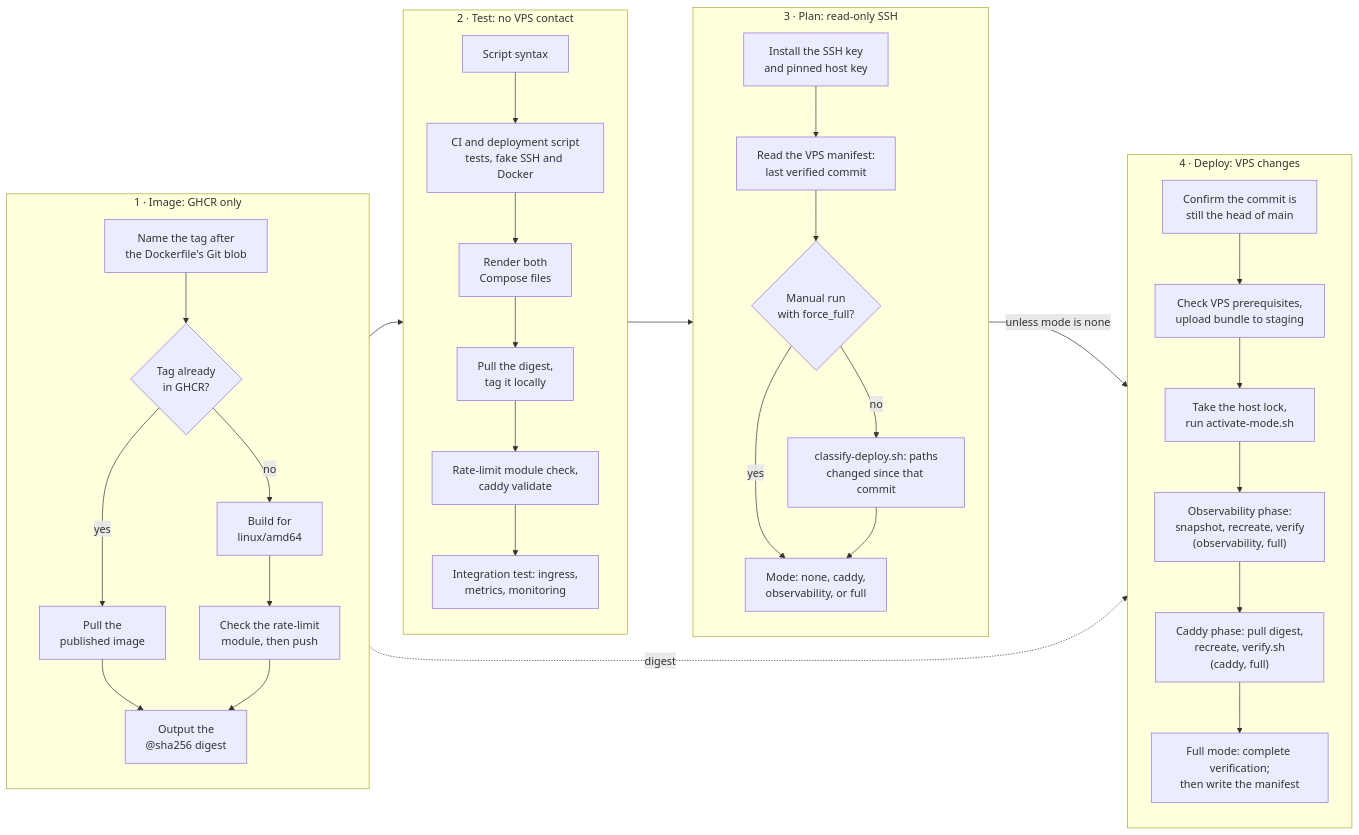
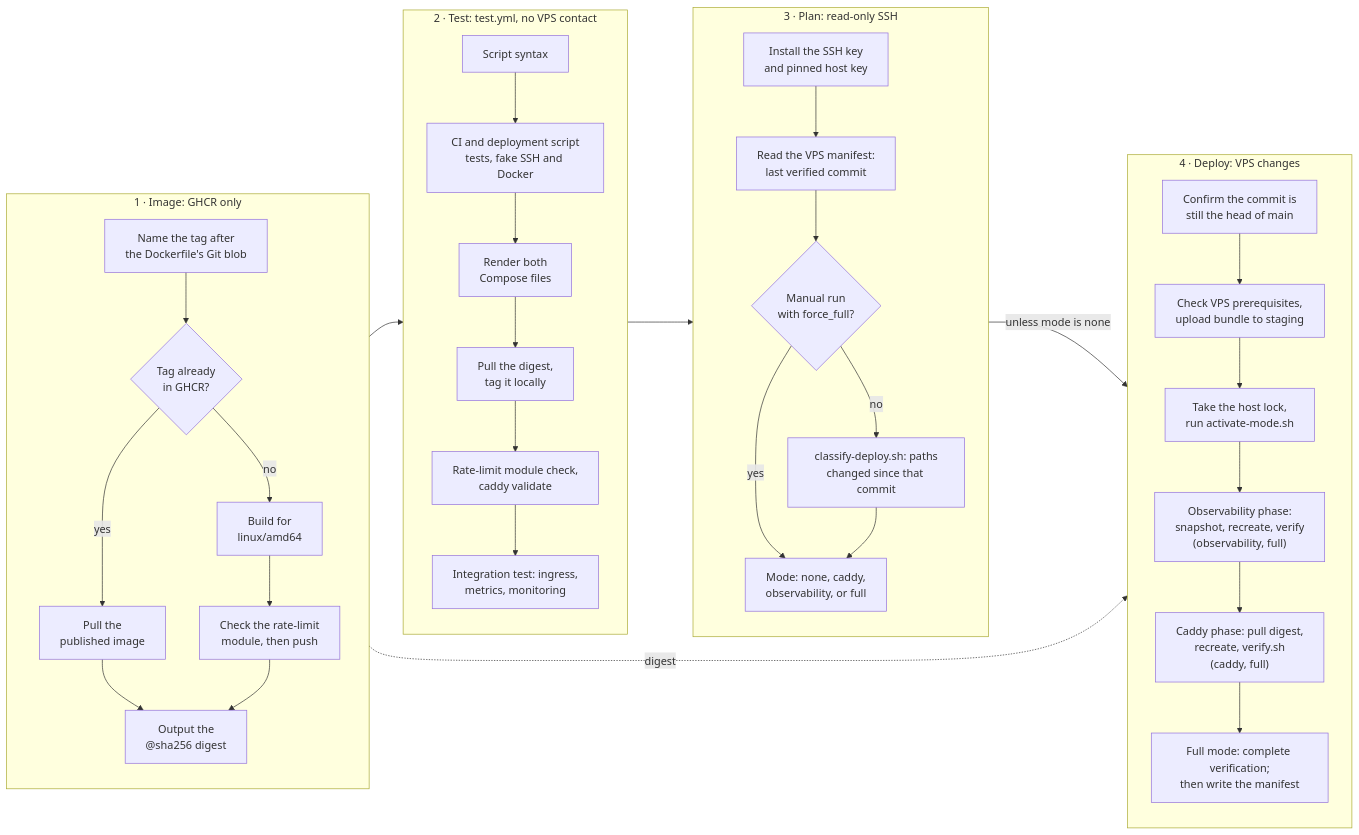
One commit to dvinubius/hetzner-one changed the diagram in docs/deployment-runbook.md. Above: the diagram before and after it, drawn with Mermaid. The commit also changed other lines of this file and 6 other files, not shown here.

````diff
--- a/docs/deployment-runbook.md
+++ b/docs/deployment-runbook.md
@@ -81,39 +81,39 @@
 ```mermaid
 flowchart LR
   subgraph image["1 · Image: GHCR only"]
     direction TB
     i1["Name the tag after<br/>the Dockerfile's Git blob"] --> i2{"Tag already<br/>in GHCR?"}
     i2 -- yes --> i3["Pull the<br/>published image"]
     i2 -- no --> i4["Build for<br/>linux/amd64"]
     i4 --> i5["Check the rate-limit<br/>module, then push"]
     i3 --> i6["Output the<br/>@sha256 digest"]
     i5 --> i6
   end
-  subgraph test["2 · Test: no VPS contact"]
+  subgraph test["2 · Test: test.yml, no VPS contact"]
     direction TB
     t1["Script syntax"] --> t2["CI and deployment script<br/>tests, fake SSH and Docker"]
     t2 --> t3["Render both<br/>Compose files"]
     t3 --> t4["Pull the digest,<br/>tag it locally"]
     t4 --> t5["Rate-limit module check,<br/>caddy validate"]
     t5 --> t6["Integration test: ingress,<br/>metrics, monitoring"]
   end
   subgraph plan["3 · Plan: read-only SSH"]
     direction TB
     p1["Install the SSH key<br/>and pinned host key"] --> p2["Read the VPS manifest:<br/>last verified commit"]
     p2 --> p3{"Manual run<br/>with force_full?"}
     p3 -- no --> p4["classify-deploy.sh: paths<br/>changed since that commit"]
     p3 -- yes --> p5["Mode: none, caddy,<br/>observability, or full"]
     p4 --> p5
   end
   subgraph deploy["4 · Deploy: VPS changes"]
     direction TB
     d1["Confirm the commit is<br/>still the head of main"] --> d2["Check VPS prerequisites,<br/>upload bundle to staging"]
     d2 --> d3["Take the host lock,<br/>run activate-mode.sh"]
     d3 --> d4["Observability phase:<br/>snapshot, recreate, verify<br/>(observability, full)"]
     d4 --> d5["Caddy phase: pull digest,<br/>recreate, verify.sh<br/>(caddy, full)"]
     d5 --> d6["Full mode: complete verification;<br/>then write the manifest"]
   end
   image --> test --> plan
   plan -- "unless mode is none" --> deploy
   image -. digest .-> deploy
 ```
````
